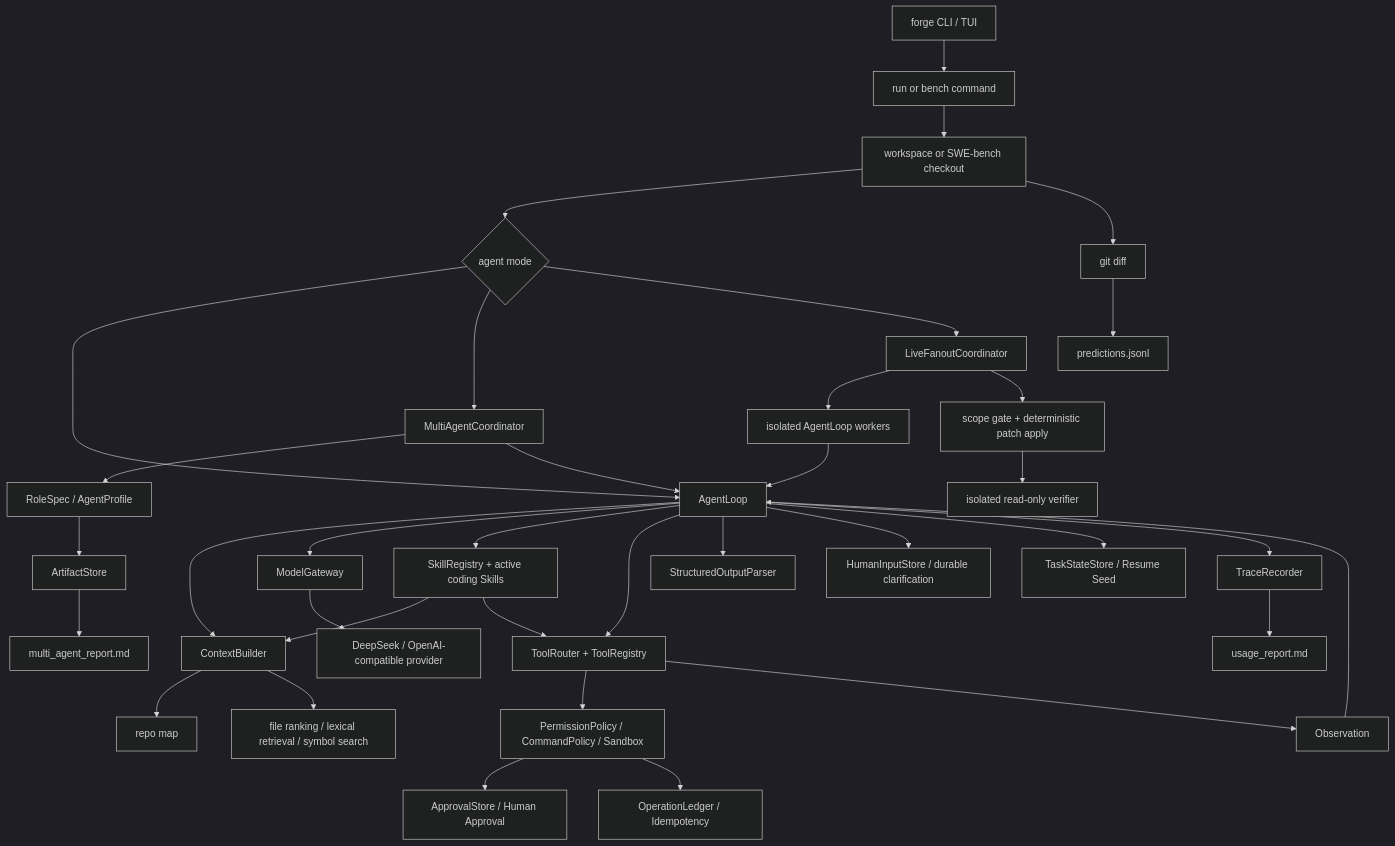
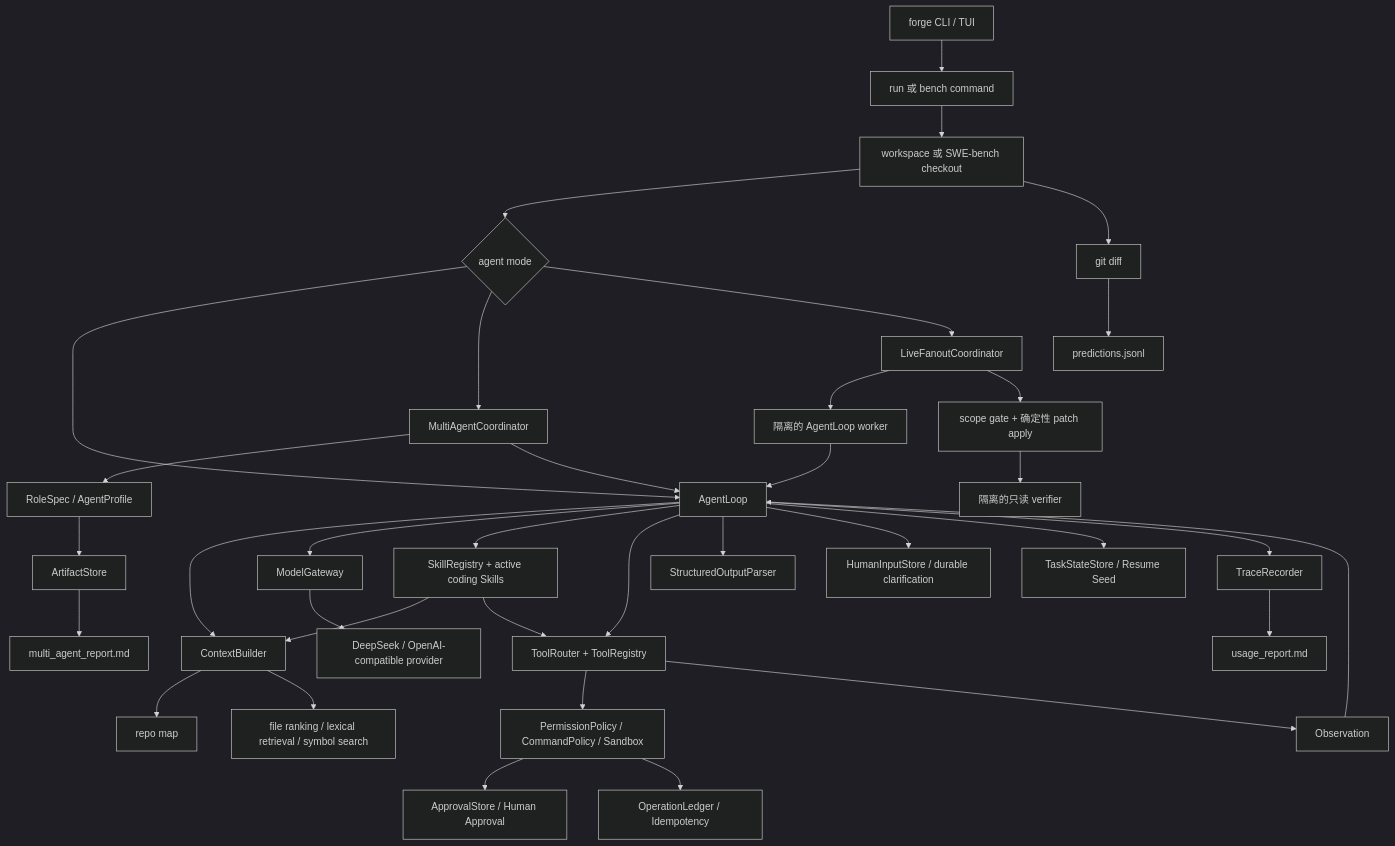
The diagram in docs/AgentForge总体架构与运行链路.md (semi-hollow/NanoHarness), drawn with Mermaid (dark theme) before and after one commit. The commit also changed other lines of this file and 24 other files, not shown here.

````diff
--- a/docs/AgentForge总体架构与运行链路.md
+++ b/docs/AgentForge总体架构与运行链路.md
@@ -10,38 +10,38 @@
 ```mermaid
 flowchart TD
-    User["forge CLI / TUI"] --> Run["run or bench command"]
-    Run --> Workspace["workspace or SWE-bench checkout"]
+    User["forge CLI / TUI"] --> Run["run 或 bench command"]
+    Run --> Workspace["workspace 或 SWE-bench checkout"]
     Workspace --> Mode{"agent mode"}
     Mode --> Loop["AgentLoop"]
     Mode --> Coordinator["MultiAgentCoordinator"]
     Mode --> Fanout["LiveFanoutCoordinator"]
     Coordinator --> Roles["RoleSpec / AgentProfile"]
     Roles --> Artifacts["ArtifactStore"]
     Coordinator --> Loop
-    Fanout --> Workers["isolated AgentLoop workers"]
+    Fanout --> Workers["隔离的 AgentLoop worker"]
     Workers --> Loop
-    Fanout --> Merge["scope gate + deterministic patch apply"]
-    Merge --> Finalizer["isolated read-only verifier"]
+    Fanout --> Merge["scope gate + 确定性 patch apply"]
+    Merge --> Finalizer["隔离的只读 verifier"]
     Loop --> Context["ContextBuilder"]
     Context --> RepoMap["repo map"]
     Context --> Ranking["file ranking / lexical retrieval / symbol search"]
     Loop --> Model["ModelGateway"]
     Model --> Provider["DeepSeek / OpenAI-compatible provider"]
     Loop --> Skills["SkillRegistry + active coding Skills"]
     Skills --> Context
     Skills --> Tools
     Loop --> Tools["ToolRouter + ToolRegistry"]
     Loop --> Structured["StructuredOutputParser"]
     Tools --> Safety["PermissionPolicy / CommandPolicy / Sandbox"]
     Safety --> Approval["ApprovalStore / Human Approval"]
     Loop --> Human["HumanInputStore / durable clarification"]
     Safety --> Ledger["OperationLedger / Idempotency"]
     Tools --> Observation["Observation"]
     Observation --> Loop
     Loop --> Checkpoint["TaskStateStore / Resume Seed"]
     Loop --> Trace["TraceRecorder"]
     Trace --> Usage["usage_report.md"]
     Artifacts --> MultiReport["multi_agent_report.md"]
     Workspace --> Diff["git diff"]
     Diff --> Prediction["predictions.jsonl"]
 ```
````
